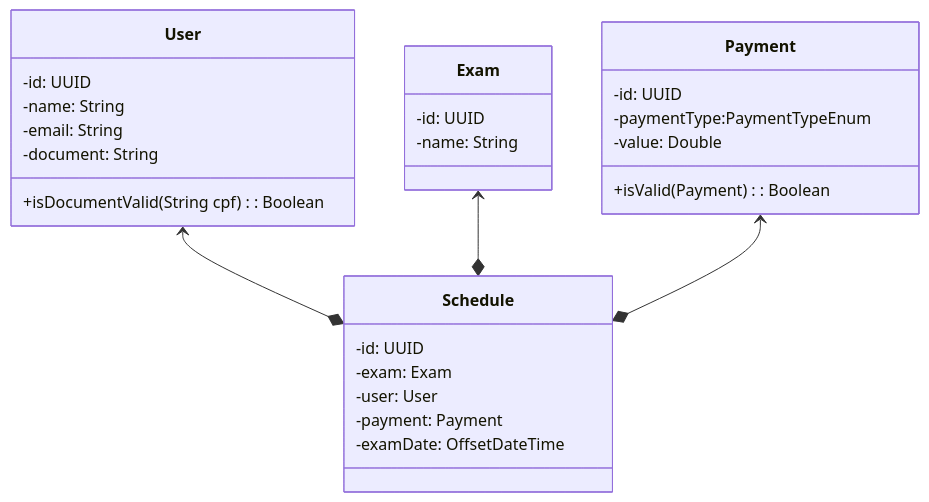
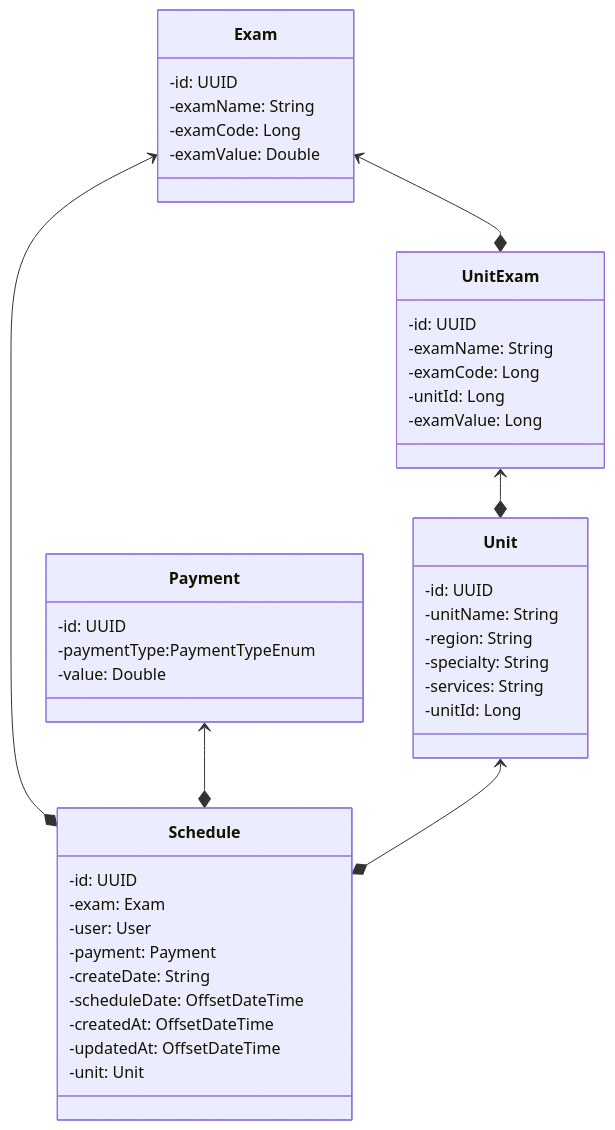
One commit to leaandropinheiro/CheckApp changed the diagram in README.md. Above: the diagram before and after it, drawn with Mermaid.

Commit message:
updating diagram

````diff
--- a/README.md
+++ b/README.md
@@ -27,37 +29,51 @@
 ```mermaid
 classDiagram
-    class User {
-        -id: UUID
-        -name: String
-        -email: String
-        -document: String
-
-        +isDocumentValid(String cpf): Boolean
-
-    }
 
     class Exam {
         -id: UUID
-        -name: String
+        -examName: String
+        -examCode: Long
+        -examValue: Double
     }
 
     class Schedule {
         -id: UUID
         -exam: Exam
         -user: User
         -payment: Payment
-        -examDate: OffsetDateTime
+        -createDate: String
+        -scheduleDate: OffsetDateTime
+        -createdAt: OffsetDateTime
+        -updatedAt: OffsetDateTime
+        -unit: Unit
+    }
+
+    class Unit {
+        -id: UUID
+        -unitName: String
+        -region: String
+        -specialty: String
+        -services: String
+        -unitId: Long
+    }
+
+    class UnitExam {
+        -id: UUID
+        -examName: String
+        -examCode: Long
+        -unitId: Long
+        -examValue: Long
     }
 
     class Payment{
         -id: UUID
         -paymentType:PaymentTypeEnum
         -value: Double
-
-        +isValid(Payment): Boolean 
     }
 
-    User <--* Schedule
     Exam <--* Schedule
     Payment <--* Schedule
+    Unit <--* Schedule
+    UnitExam <--* Unit
+    Exam <--* UnitExam
 ```
````
